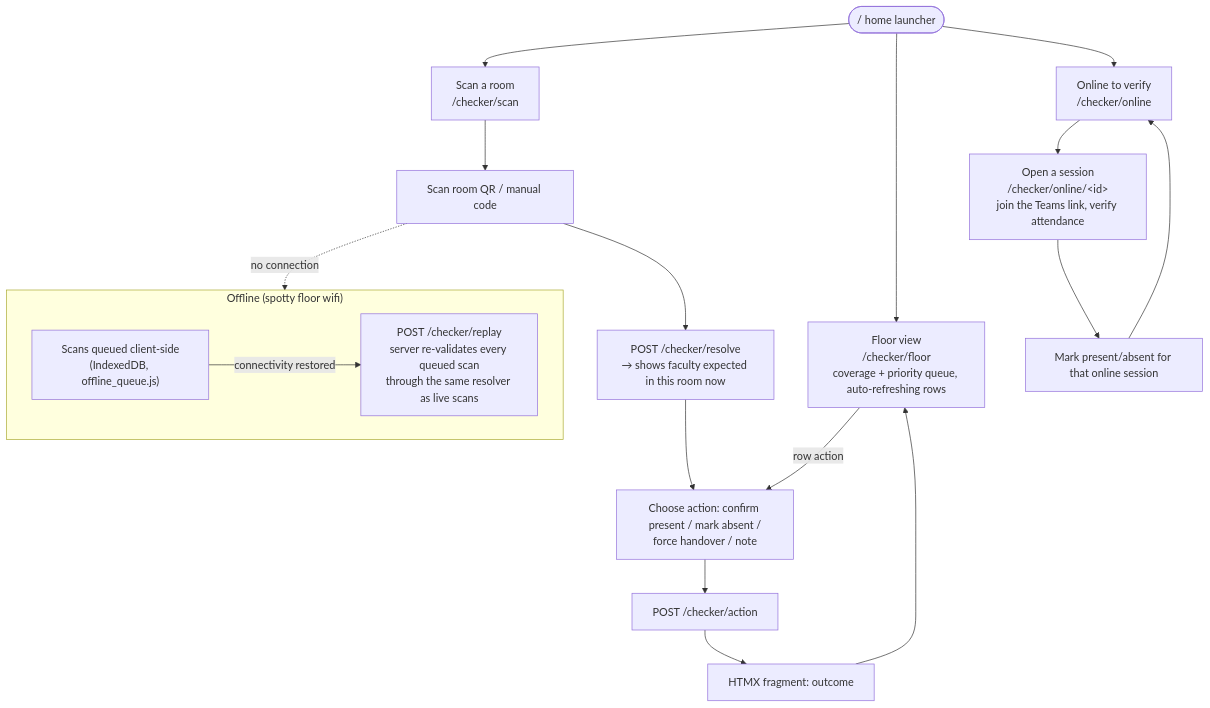
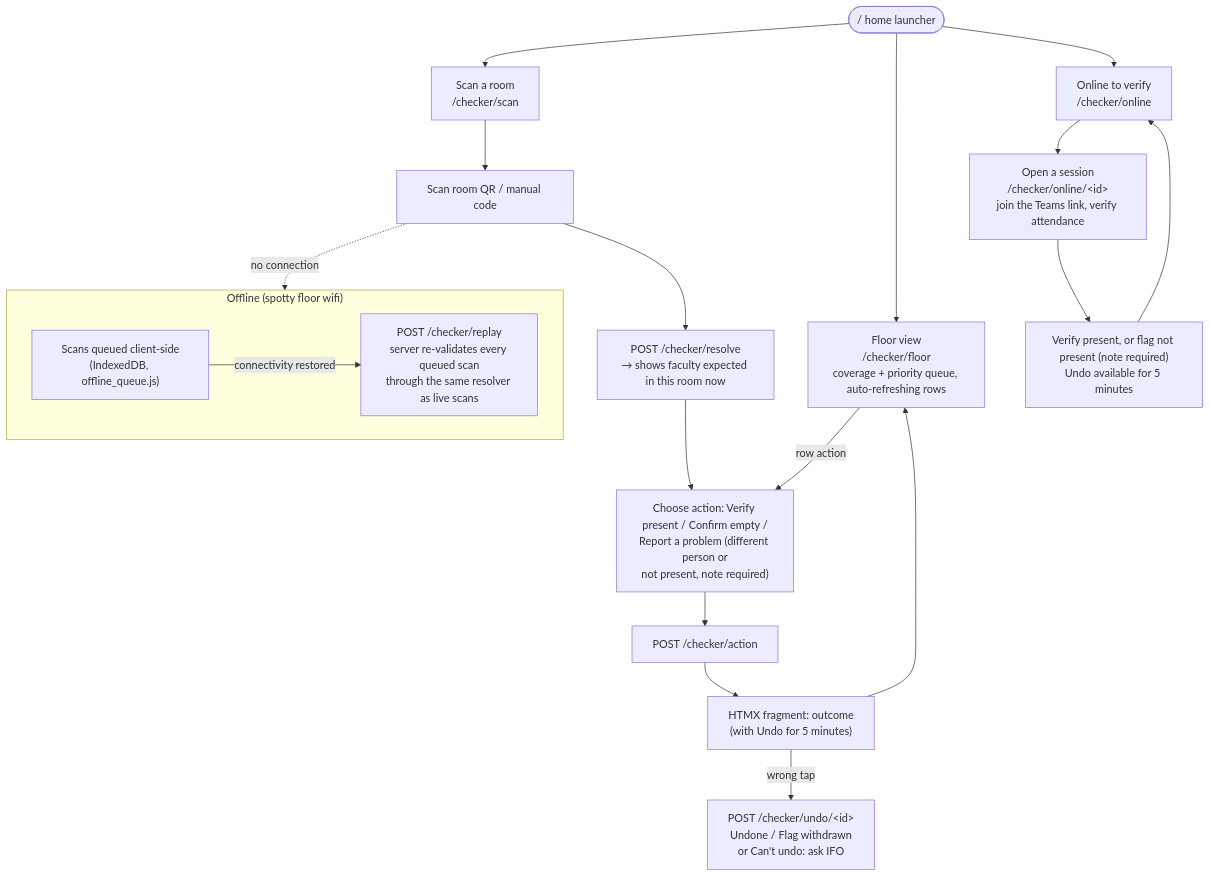
Before and after one commit to Shion-main/fluxtrack-main: the third of 8 diagrams in docs/USER_FLOWS.md, drawn with Mermaid. The commit also changed other lines of this file and 7 other files, not shown here.

````diff
--- a/docs/USER_FLOWS.md
+++ b/docs/USER_FLOWS.md
@@ -87,26 +87,27 @@
 ```mermaid
 flowchart TD
     Home(["/ home launcher"]) --> Floor["Floor view<br/>/checker/floor<br/>coverage + priority queue, auto-refreshing rows"]
     Home --> ScanC["Scan a room<br/>/checker/scan"]
     Home --> Online["Online to verify<br/>/checker/online"]
 
     ScanC --> CamC["Scan room QR / manual code"]
     CamC --> ResolveC["POST /checker/resolve<br/>→ shows faculty expected in this room now"]
-    ResolveC --> ActionC["Choose action: confirm present / mark absent /<br/>force handover / note"]
+    ResolveC --> ActionC["Choose action: Verify present / Confirm empty /<br/>Report a problem (different person or<br/>not present, note required)"]
     ActionC --> ApplyC["POST /checker/action"]
-    ApplyC --> OutC["HTMX fragment: outcome"]
+    ApplyC --> OutC["HTMX fragment: outcome<br/>(with Undo for 5 minutes)"]
     OutC --> Floor
+    OutC -->|wrong tap| UndoC["POST /checker/undo/&lt;id&gt;<br/>Undone / Flag withdrawn<br/>or Can't undo: ask IFO"]
 
     Floor -->|row action| ActionC
 
     Online --> OnlineOpen["Open a session<br/>/checker/online/&lt;id&gt;<br/>join the Teams link, verify attendance"]
-    OnlineOpen --> OnlineAction["Mark present/absent for that online session"]
+    OnlineOpen --> OnlineAction["Verify present, or flag not present (note required)<br/>Undo available for 5 minutes"]
     OnlineAction --> Online
 
     subgraph Offline["Offline (spotty floor wifi)"]
       direction LR
       Queue["Scans queued client-side<br/>(IndexedDB, offline_queue.js)"]
       Queue -->|connectivity restored| Replay["POST /checker/replay<br/>server re-validates every queued scan<br/>through the same resolver as live scans"]
     end
     CamC -.->|no connection| Queue
 ```
````
